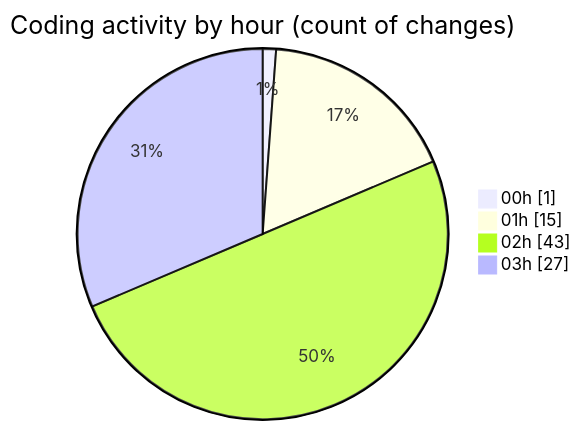
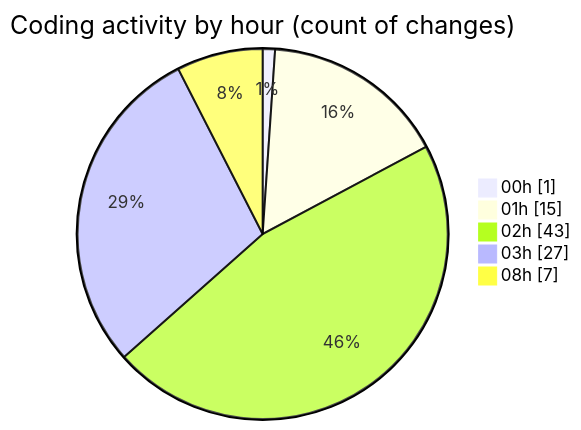
One commit to Elitesun/code-tracking changed the second of 2 diagrams in 2025-05-01/niten/README.md. Above: the diagram before and after it, drawn with Mermaid. The commit also changed other lines of this file and 1 other file, not shown here.

````diff
--- a/2025-05-01/niten/README.md
+++ b/2025-05-01/niten/README.md
@@ -53,8 +56,9 @@
 ```mermaid
 pie showData
 title Coding activity by hour (count of changes)
 "00h" : 1
 "01h" : 15
 "02h" : 43
 "03h" : 27
+"08h" : 7
 ```
````
